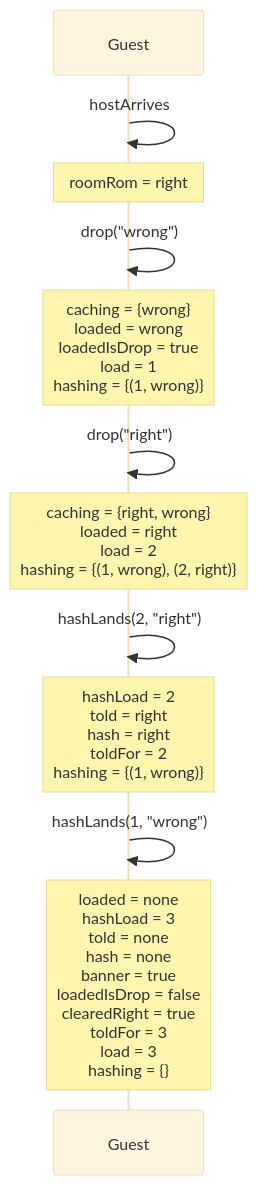
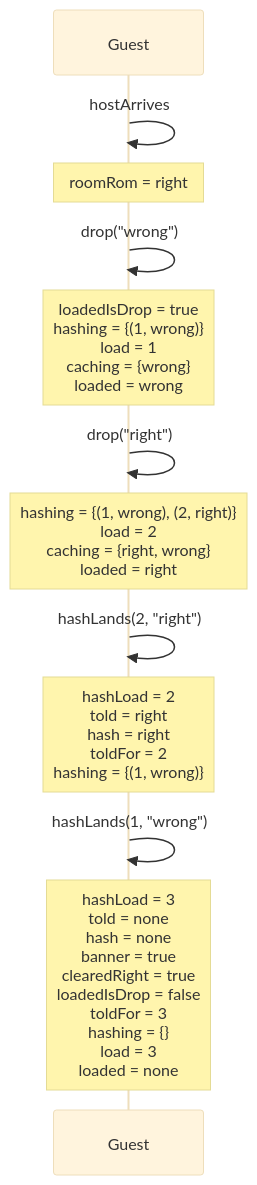
Diagram 19 of 27 in docs/spec-traces.md (kwilson21/kaillera-next), drawn with Mermaid (base theme) before and after one commit. The commit also changed other lines of this file, not shown here.

````diff
--- a/docs/spec-traces.md
+++ b/docs/spec-traces.md
@@ -547,14 +547,14 @@
 ```mermaid
 sequenceDiagram
   participant Guest
   Guest->>Guest: hostArrives
   Note over Guest: roomRom = right
   Guest->>Guest: drop("wrong")
-  Note over Guest: caching = {wrong}<br/>loaded = wrong<br/>loadedIsDrop = true<br/>load = 1<br/>hashing = {(1, wrong)}
+  Note over Guest: loadedIsDrop = true<br/>hashing = {(1, wrong)}<br/>load = 1<br/>caching = {wrong}<br/>loaded = wrong
   Guest->>Guest: drop("right")
-  Note over Guest: caching = {right, wrong}<br/>loaded = right<br/>load = 2<br/>hashing = {(1, wrong), (2, right)}
+  Note over Guest: hashing = {(1, wrong), (2, right)}<br/>load = 2<br/>caching = {right, wrong}<br/>loaded = right
   Guest->>Guest: hashLands(2, "right")
   Note over Guest: hashLoad = 2<br/>told = right<br/>hash = right<br/>toldFor = 2<br/>hashing = {(1, wrong)}
   Guest->>Guest: hashLands(1, "wrong")
-  Note over Guest: loaded = none<br/>hashLoad = 3<br/>told = none<br/>hash = none<br/>banner = true<br/>loadedIsDrop = false<br/>clearedRight = true<br/>toldFor = 3<br/>load = 3<br/>hashing = {}
+  Note over Guest: hashLoad = 3<br/>told = none<br/>hash = none<br/>banner = true<br/>clearedRight = true<br/>loadedIsDrop = false<br/>toldFor = 3<br/>hashing = {}<br/>load = 3<br/>loaded = none
 ```
````
